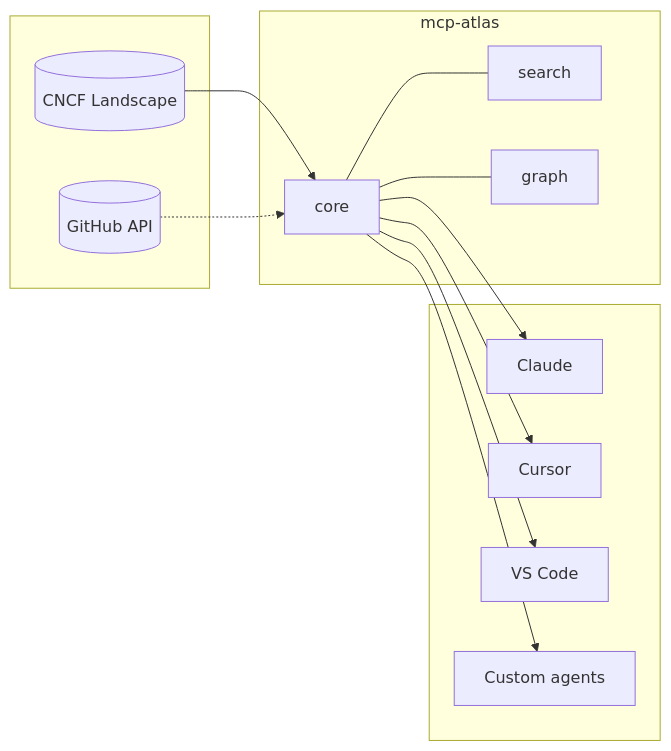
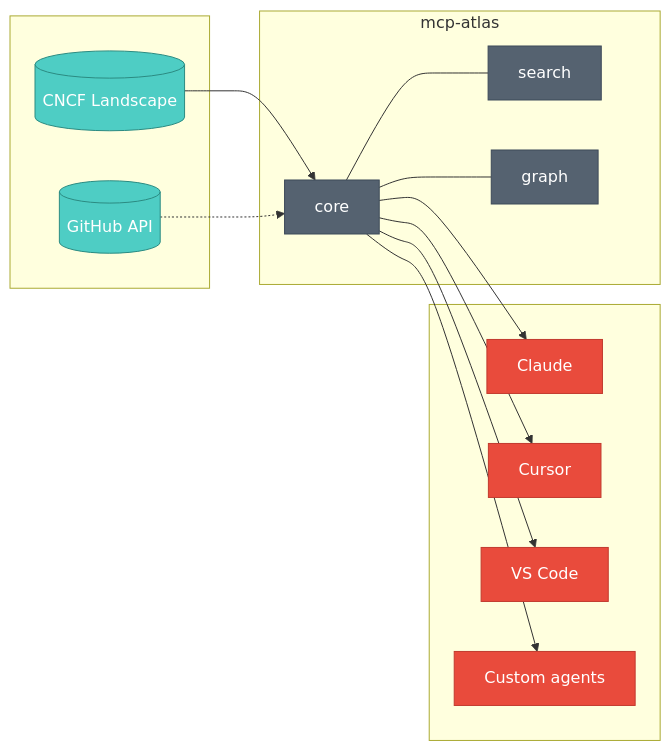
The first of 2 diagrams in README.md (aryasoni98/mcpatlas), drawn with Mermaid before and after one commit. The commit also changed other lines of this file and 25 other files, not shown here.

````diff
--- a/README.md
+++ b/README.md
@@ -11,23 +20,30 @@
 ```mermaid
 flowchart LR
   subgraph sources[" "]
     L[("CNCF Landscape")]
     G[(GitHub API)]
   end
   subgraph server["mcp-atlas"]
     C[core]
     S[search]
     K[graph]
     C --- S
     C --- K
   end
   subgraph clients[" "]
     Claude[Claude]
     Cursor[Cursor]
     VSC[VS Code]
     Custom[Custom agents]
   end
   L --> C
   G -.-> C
   C --> Claude & Cursor & VSC & Custom
+
+  classDef source fill:#4ECDC4,stroke:#2C8B82,color:#fff
+  classDef serverNode fill:#556270,stroke:#3D4A59,color:#fff
+  classDef client fill:#E94B3C,stroke:#C23A2E,color:#fff
+  class L,G source
+  class C,S,K serverNode
+  class Claude,Cursor,VSC,Custom client
 ```
````
